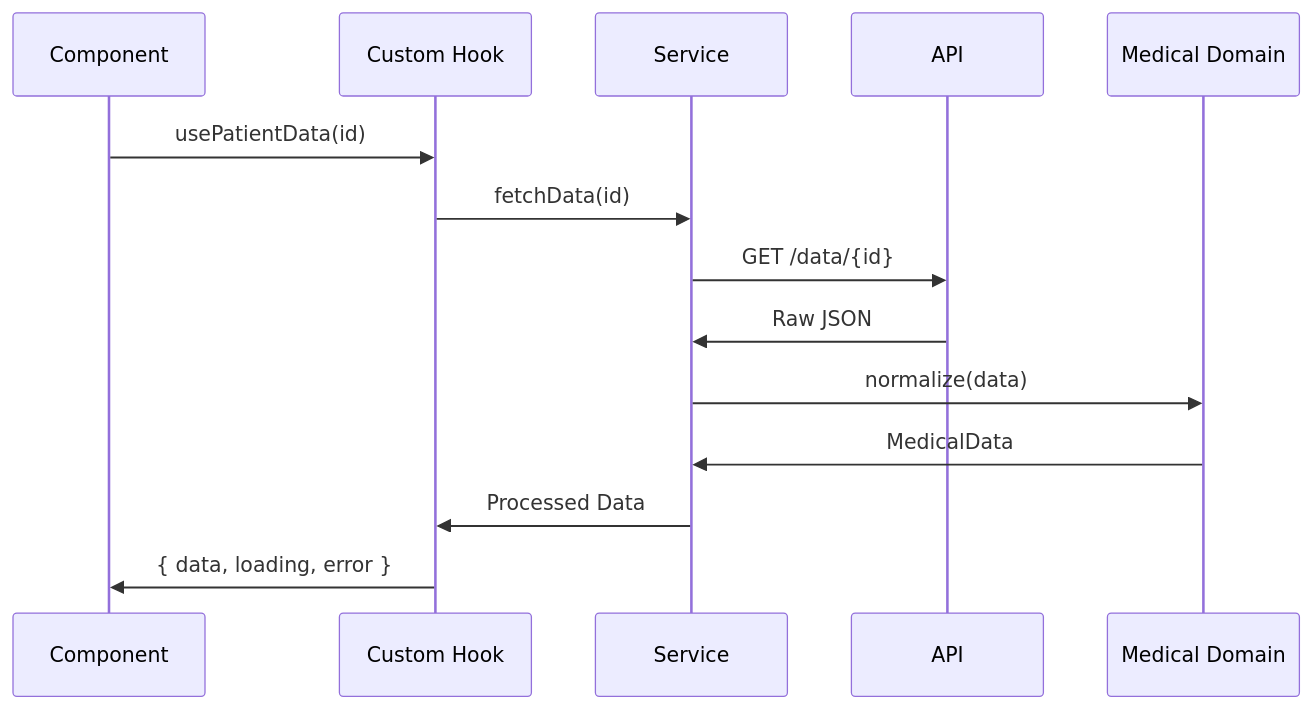
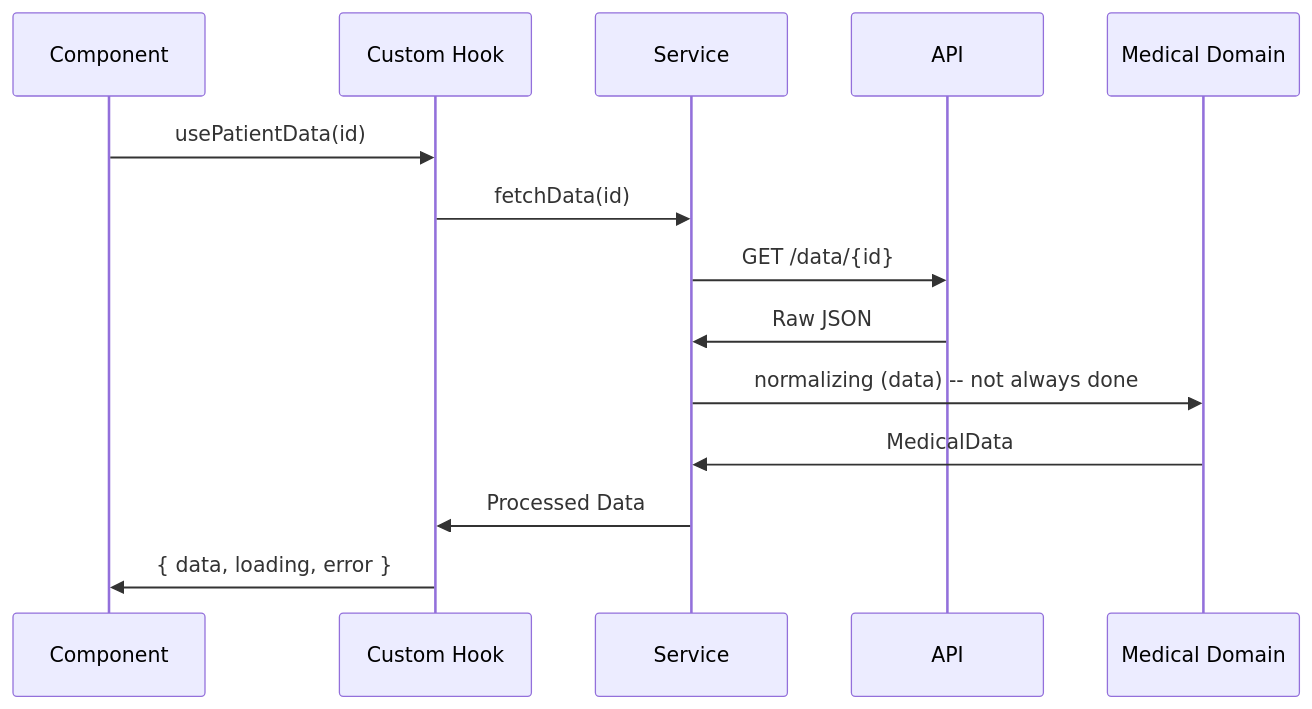
One commit to mdblp/blip changed the fourth of 9 diagrams in docs/Architecture.md. Above: the diagram before and after it, drawn with Mermaid. The commit also changed other lines of this file and 6 other files, not shown here.

````diff
--- a/docs/Architecture.md
+++ b/docs/Architecture.md
@@ -153,17 +152,17 @@
 ```mermaid
 sequenceDiagram
     participant C as Component
     participant H as Custom Hook
     participant S as Service
     participant A as API
     participant M as Medical Domain
 
     C->>H: usePatientData(id)
     H->>S: fetchData(id)
     S->>A: GET /data/{id}
     A->>S: Raw JSON
-    S->>M: normalize(data)
+    S->>M: normalizing (data) -- not always done
     M->>S: MedicalData
     S->>H: Processed Data
     H->>C: { data, loading, error }
 ```
````
